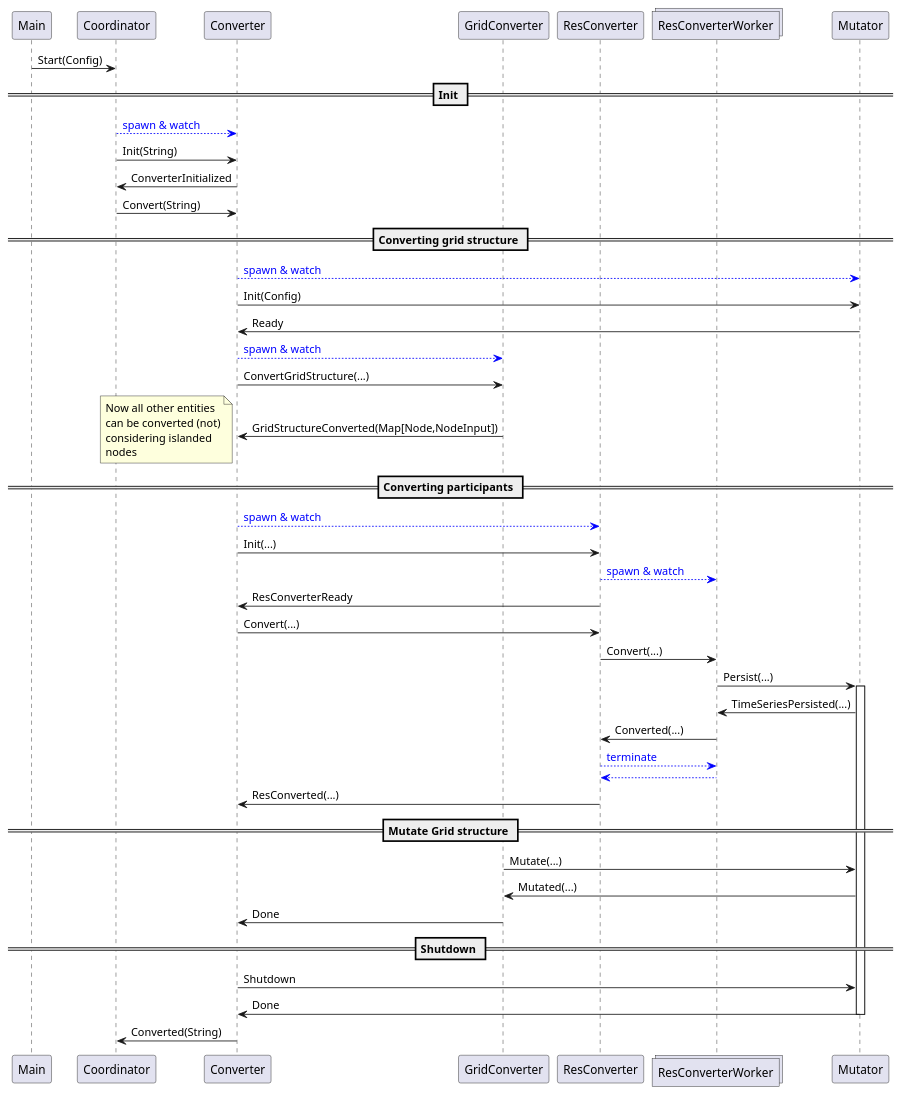
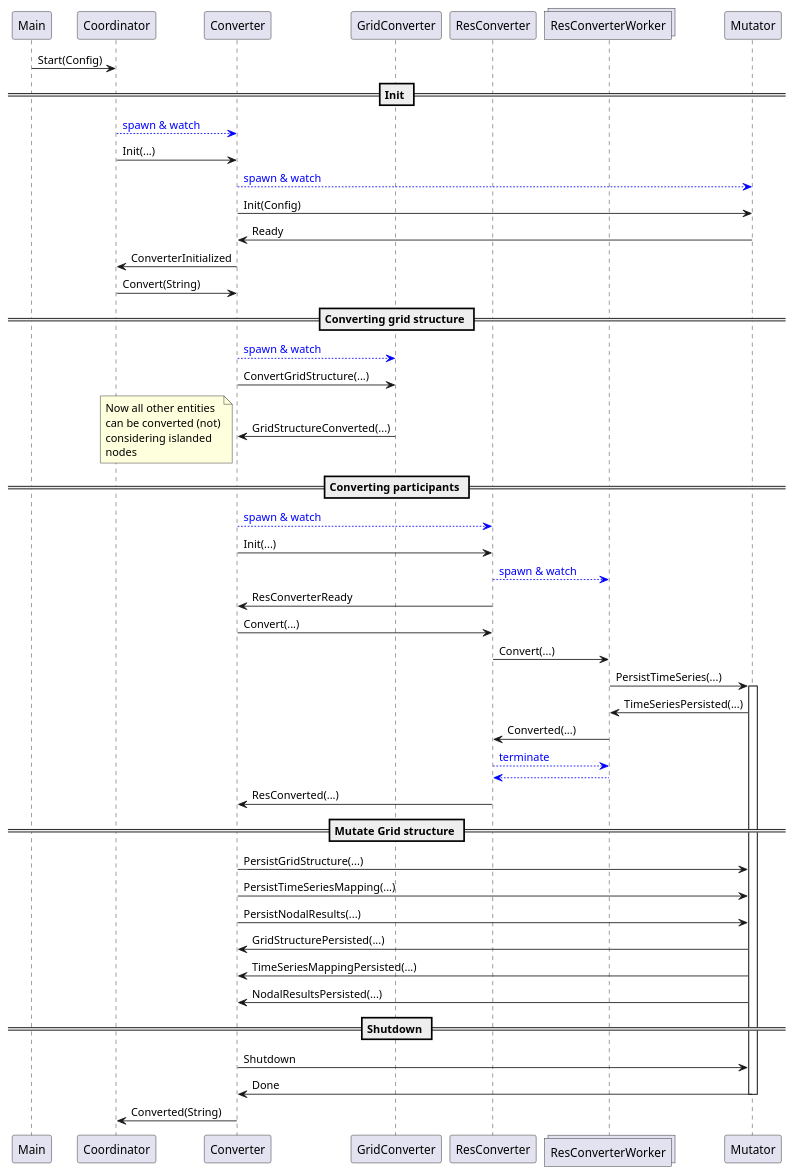
One commit to ie3-institute/simBench2psdm changed the diagram in docs/diagrams/protocol/protocol.puml. Above: the diagram before and after it, drawn with PlantUML.

Commit message:
Improve documentation

```diff
--- a/docs/diagrams/protocol/protocol.puml
+++ b/docs/diagrams/protocol/protocol.puml
@@ -1,53 +1,56 @@
 @startuml
 
 participant Main
 participant Coordinator
 participant Converter
 participant GridConverter
 participant ResConverter
 collections ResConverterWorker
 participant Mutator
 
 Main -> Coordinator: Start(Config)
 == Init ==
 Coordinator --[#blue]> Converter: <font color=blue>spawn & watch</font>
-Coordinator -> Converter: Init(String)
+Coordinator -> Converter: Init(...)
+Converter --[#blue]> Mutator: <font color=blue>spawn & watch</font>
+Converter -> Mutator: Init(Config)
+Converter <- Mutator: Ready
 Coordinator <- Converter: ConverterInitialized
 Coordinator -> Converter: Convert(String)
 
 == Converting grid structure ==
-Converter --[#blue]> Mutator: <font color=blue>spawn & watch</font>
-Converter -> Mutator: Init(Config)
-Converter <- Mutator: Ready
 Converter --[#blue]> GridConverter: <font color=blue>spawn & watch</font>
 Converter -> GridConverter: ConvertGridStructure(...)
-Converter <- GridConverter: GridStructureConverted(Map[Node,NodeInput])
+Converter <- GridConverter: GridStructureConverted(...)
 note left: Now all other entities\ncan be converted (not)\nconsidering islanded\nnodes
 
 == Converting participants ==
 Converter --[#blue]> ResConverter: <font color=blue>spawn & watch</font>
 Converter -> ResConverter: Init(...)
 ResConverter --[#blue]> ResConverterWorker:  <font color=blue>spawn & watch</font>
 Converter <- ResConverter: ResConverterReady
 Converter -> ResConverter: Convert(...)
 ResConverter -> ResConverterWorker: Convert(...)
-ResConverterWorker -> Mutator: Persist(...)
+ResConverterWorker -> Mutator: PersistTimeSeries(...)
 activate Mutator
 ResConverterWorker <- Mutator: TimeSeriesPersisted(...)
 ResConverter <- ResConverterWorker: Converted(...)
 ResConverter --[#blue]> ResConverterWorker: <font color=blue>terminate</font>
 ResConverter <--[#blue] ResConverterWorker
 Converter <- ResConverter: ResConverted(...)
 
 == Mutate Grid structure ==
-GridConverter -> Mutator: Mutate(...)
-GridConverter <- Mutator: Mutated(...)
-Converter <- GridConverter: Done
+Converter -> Mutator: PersistGridStructure(...)
+Converter -> Mutator: PersistTimeSeriesMapping(...)
+Converter -> Mutator: PersistNodalResults(...)
+Converter <- Mutator: GridStructurePersisted(...)
+Converter <- Mutator: TimeSeriesMappingPersisted(...)
+Converter <- Mutator: NodalResultsPersisted(...)
 
 == Shutdown ==
 Converter -> Mutator: Shutdown
 Converter <- Mutator: Done
 deactivate Mutator
 
 Coordinator <- Converter: Converted(String)
 @enduml
```
